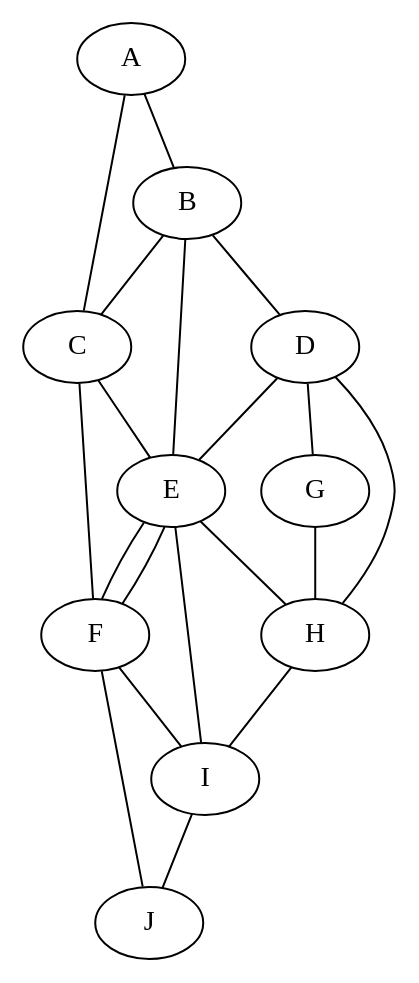
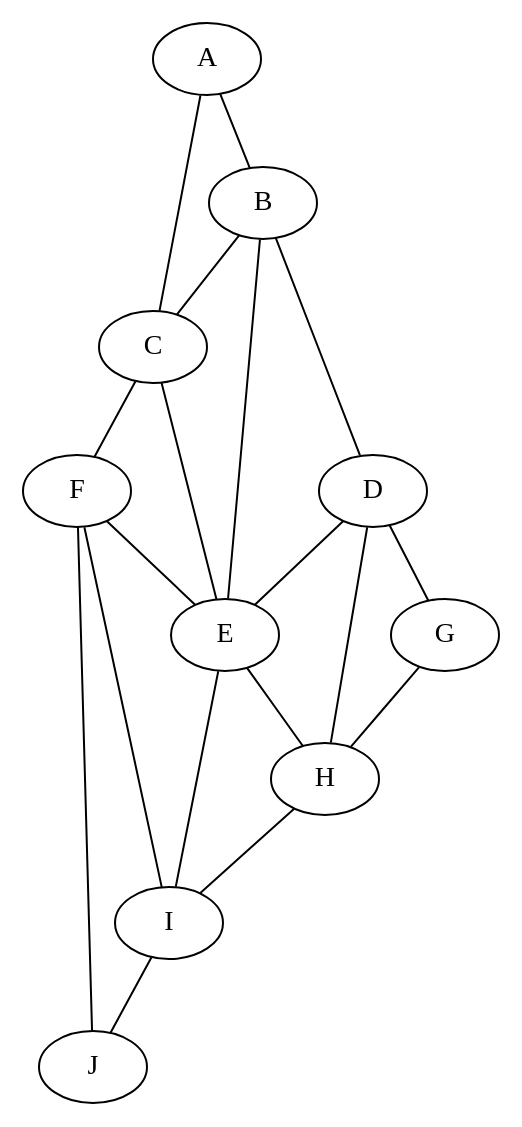
The diagram in test_graph.dot (JacobLMiller/580-graph-classification), drawn with Graphviz before and after one commit. The commit also changed 3 other files, not shown here.

```diff
--- a/test_graph.dot
+++ b/test_graph.dot
@@ -1,32 +1,32 @@
 graph {
 "A";
 "B";
 "C";
 "D";
 "E";
 "F";
 "G";
 "H";
 "I";
 "J";
 
 "A" -- "B";
 "A" -- "C";
 "B" -- "C";
 "B" -- "D";
 "B" -- "E";
 "C" -- "E";
 "C"--"F";
 "F"--"E";
 "D" -- "E";
-"E" -- "F";
+
 "D" -- "G";
 "D" -- "H";
 "E" -- "H";
 "E" -- "I";
 "F" -- "I";
 "F" -- "J";
 "G" -- "H";
 "H" -- "I";
 "I" -- "J";
 }
```
